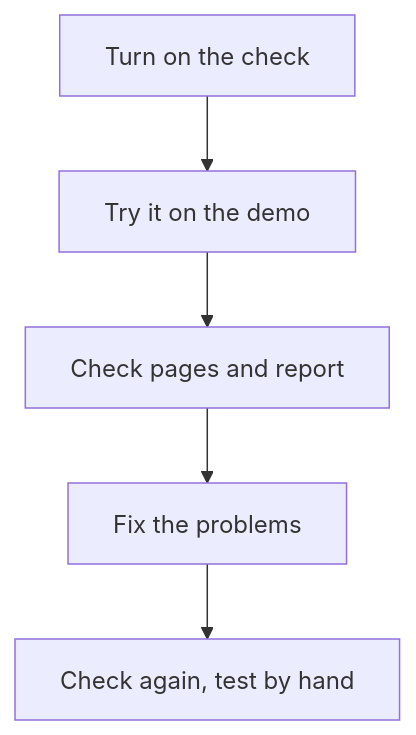
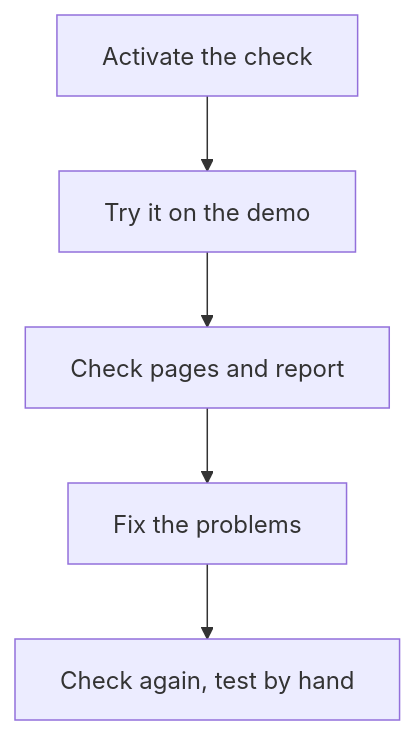
One commit to TheMightyTRex/snaglist changed the diagram in docs/guides/find-and-fix-accessibility-problems.md. Above: the diagram before and after it, drawn with Mermaid. The commit also changed other lines of this file and 61 other files, not shown here.

````diff
--- a/docs/guides/find-and-fix-accessibility-problems.md
+++ b/docs/guides/find-and-fix-accessibility-problems.md
@@ -20,7 +20,9 @@
 ```mermaid
 flowchart TD
-  A[Turn on the check] --> B[Try it on the demo]
+  accTitle: The steps at a glance
+  accDescr: The steps in order: activate the accessibility check; try it on the demo; check each main page and report what it finds; fix the problems; check again, then test by hand.
+  A[Activate the check] --> B[Try it on the demo]
   B --> C[Check pages and report]
   C --> D[Fix the problems]
   D --> E[Check again, test by hand]
 ```
````
